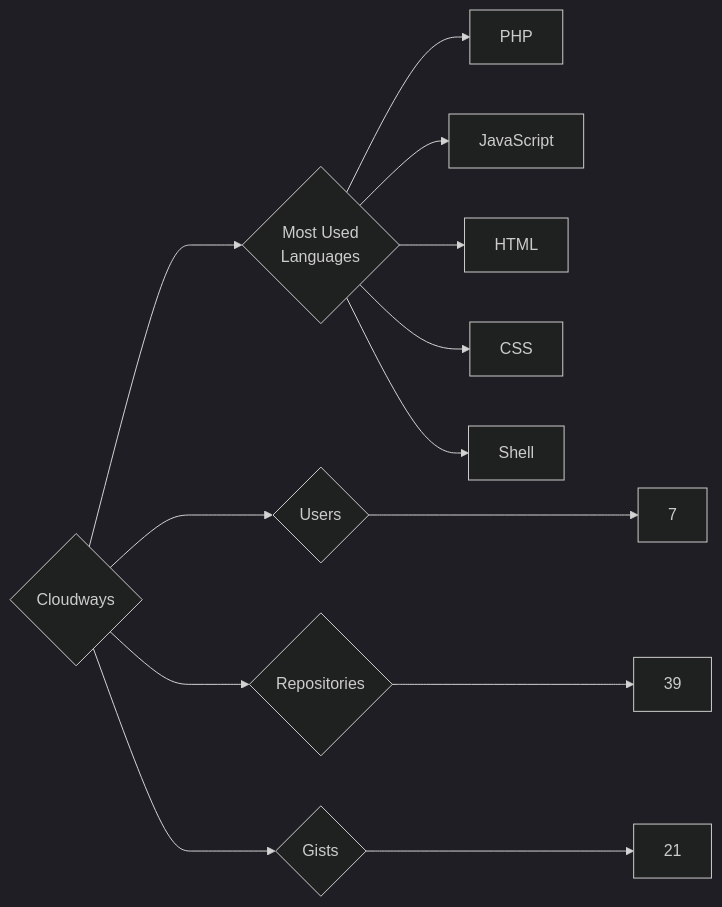
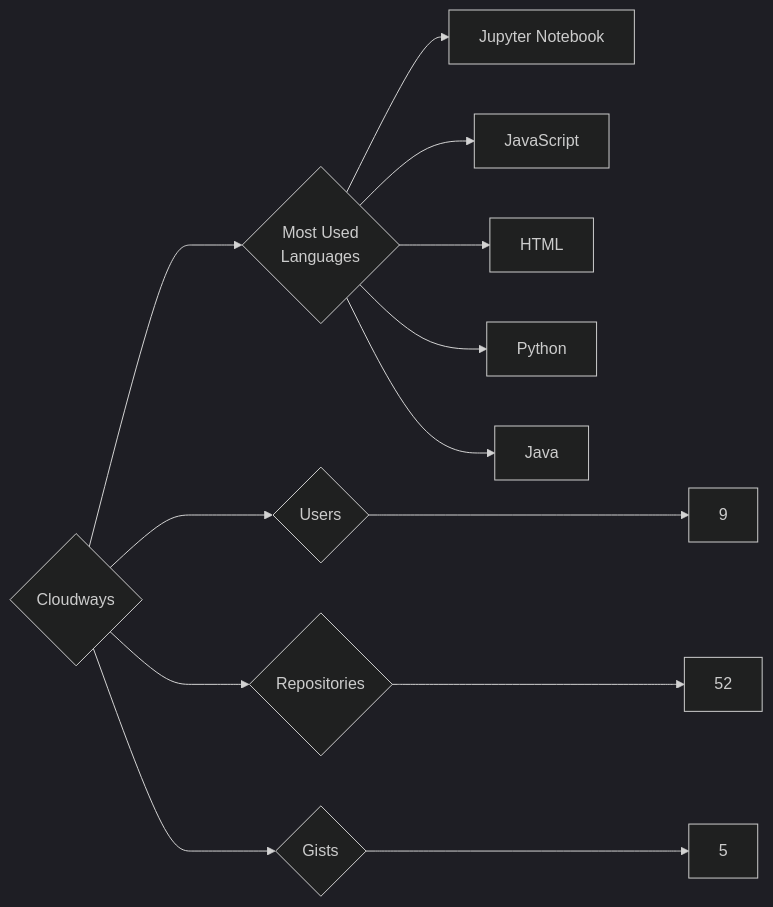
One commit to trickest/insiders changed the diagram in targets/Cloudways/README.md. Above: the diagram before and after it, drawn with Mermaid (dark theme). The commit also changed 847 other files, not shown here.

````diff
--- a/targets/Cloudways/README.md
+++ b/targets/Cloudways/README.md
@@ -3,13 +3,13 @@
 ```mermaid
 graph LR
 COMPANY_NAME{Cloudways}
-COMPANY_NAME ---> U{Users} ---> UN[7]
-COMPANY_NAME ---> R{Repositories} ---> RN[39]
-COMPANY_NAME ---> G{Gists} ---> GN[21]
+COMPANY_NAME ---> U{Users} ---> UN[9]
+COMPANY_NAME ---> R{Repositories} ---> RN[52]
+COMPANY_NAME ---> G{Gists} ---> GN[5]
 COMPANY_NAME ---> ML{Most Used<br>Languages}
-ML --> PHP[PHP]
+ML --> Jupyter_Notebook[Jupyter Notebook]
 ML --> JavaScript[JavaScript]
 ML --> HTML[HTML]
-ML --> CSS[CSS]
-ML --> Shell[Shell]
+ML --> Python[Python]
+ML --> Java[Java]
 ```
````
